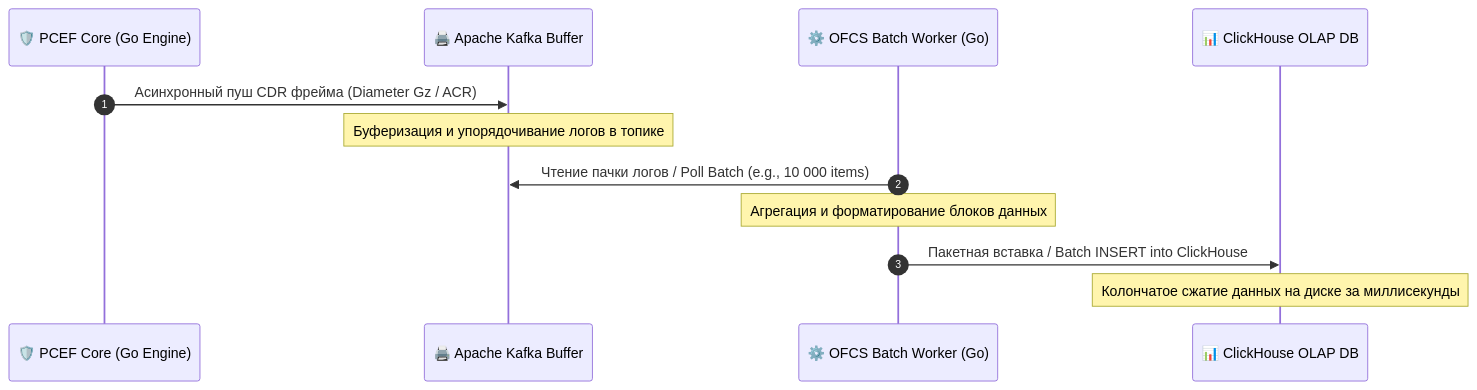
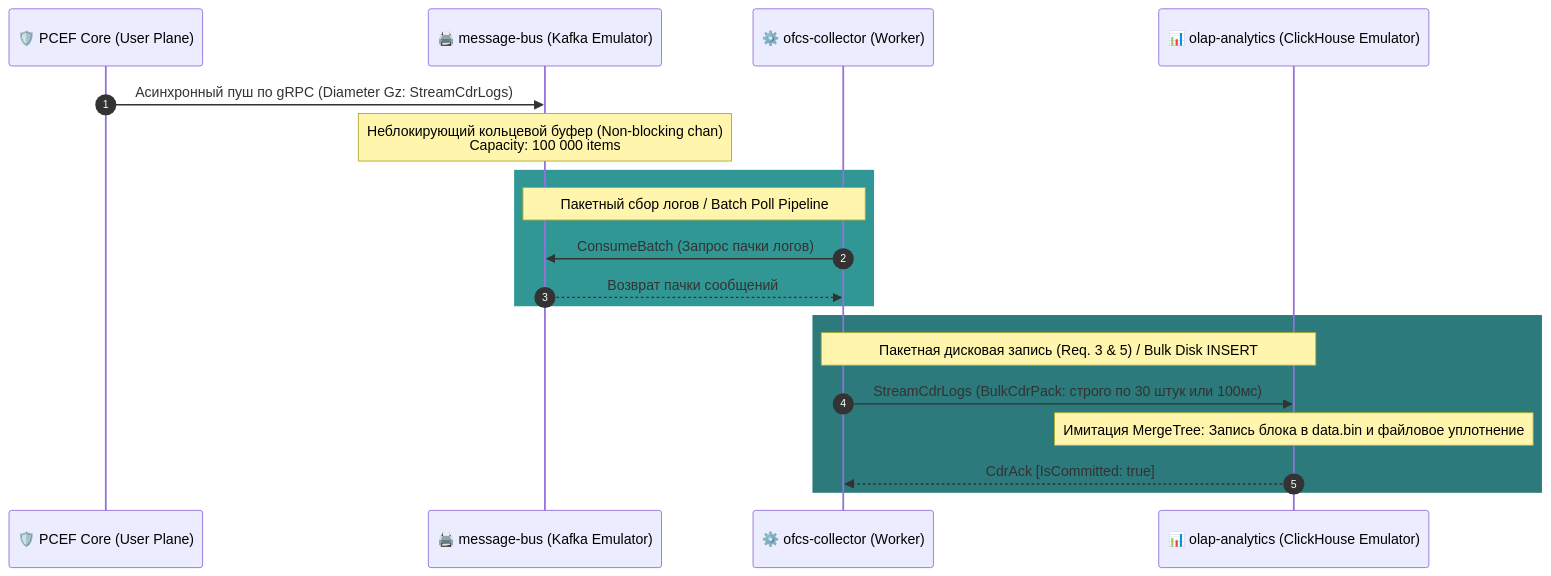
One commit to system-highload-architect/pcef-shaper-system changed the diagram in docs/specification/ofcs-specification.md. Above: the diagram before and after it, drawn with Mermaid. The commit also changed other lines of this file and 4 other files, not shown here.

Commit message:
docs: completed 100% overhaul of the architecture specs and technical SRS files to align with Go 1.26 code

````diff
--- a/docs/specification/ofcs-specification.md
+++ b/docs/specification/ofcs-specification.md
@@ -11,15 +11,24 @@
 ```mermaid
 sequenceDiagram
     autonumber
-    participant PCEF as 🛡️ PCEF Core (Go Engine)
-    participant Kafka as 🖨️ Apache Kafka Buffer
-    participant Worker as ⚙️ OFCS Batch Worker (Go)
-    participant CH as 📊 ClickHouse OLAP DB
+    participant Core as 🛡️ PCEF Core (User Plane)
+    participant Bus as 🖨️ message-bus (Kafka Emulator)
+    participant Coll as ⚙️ ofcs-collector (Worker)
+    participant OLAP as 📊 olap-analytics (ClickHouse Emulator)
 
-    PCEF->>Kafka: Асинхронный пуш CDR фрейма (Diameter Gz / ACR)
-    Note over Kafka: Буферизация и упорядочивание логов в топике
-    Worker->>Kafka: Чтение пачки логов / Poll Batch (e.g., 10 000 items)
-    Note over Worker: Агрегация и форматирование блоков данных
-    Worker->>CH: Пакетная вставка / Batch INSERT into ClickHouse
-    Note over CH: Колончатое сжатие данных на диске за миллисекунды
+    Core->>Bus: Асинхронный пуш по gRPC (Diameter Gz: StreamCdrLogs)
+    Note over Bus: Неблокирующий кольцевой буфер (Non-blocking chan)<br/>Capacity: 100 000 items
+    
+    rect rgb(49, 151, 149)
+        Note over Coll,Bus: Пакетный сбор логов / Batch Poll Pipeline
+        Coll->>Bus: ConsumeBatch (Запрос пачки логов)
+        Bus-->>Coll: Возврат пачки сообщений
+    end
+
+    rect rgb(44, 122, 123)
+        Note over Coll,OLAP: Пакетная дисковая запись (Req. 3 & 5) / Bulk Disk INSERT
+        Coll->>OLAP: StreamCdrLogs (BulkCdrPack: строго по 30 штук или 100мс)
+        Note over OLAP: Имитация MergeTree: Запись блока в data.bin и файловое уплотнение
+        OLAP-->>Coll: CdrAck [IsCommitted: true]
+    end
 ```
````
